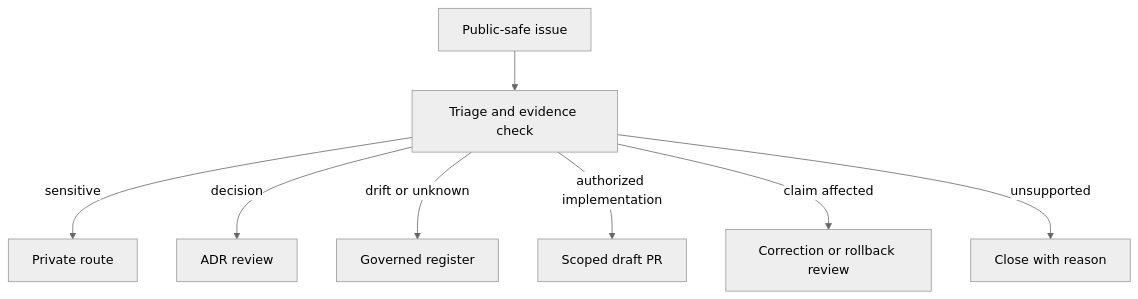
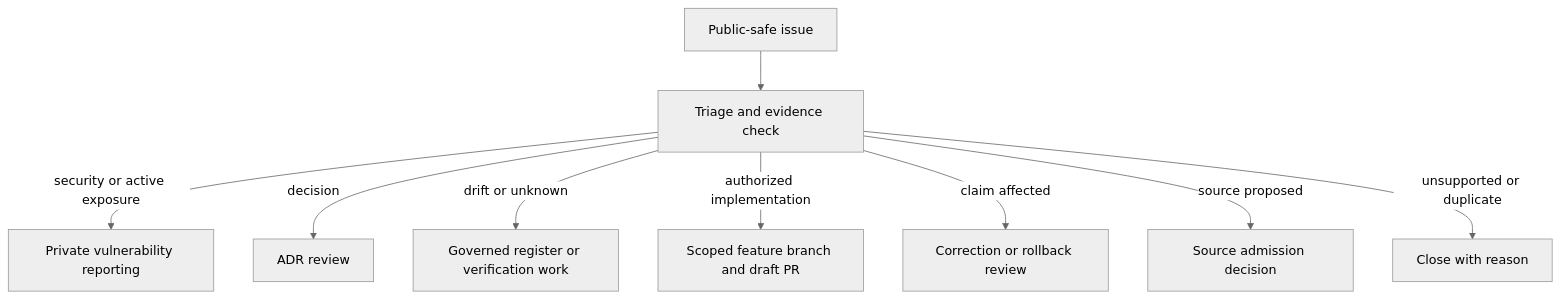
Before and after one commit to bartytime4life/Kansas-Frontier-Matrix: the diagram in .github/ISSUE_TEMPLATE/README.md, drawn with Mermaid (neutral theme). The commit also changed other lines of this file, not shown here.

````diff
--- a/.github/ISSUE_TEMPLATE/README.md
+++ b/.github/ISSUE_TEMPLATE/README.md
@@ -180,10 +255,11 @@
 ```mermaid
 flowchart TD
     I["Public-safe issue"] --> T["Triage and evidence check"]
-    T -->|sensitive| S["Private route"]
+    T -->|security or active exposure| S["Private vulnerability reporting"]
     T -->|decision| A["ADR review"]
-    T -->|drift or unknown| G["Governed register"]
-    T -->|authorized implementation| P["Scoped draft PR"]
+    T -->|drift or unknown| G["Governed register or verification work"]
+    T -->|authorized implementation| P["Scoped feature branch and draft PR"]
     T -->|claim affected| C["Correction or rollback review"]
-    T -->|unsupported| N["Close with reason"]
+    T -->|source proposed| D["Source admission decision"]
+    T -->|unsupported or duplicate| N["Close with reason"]
 ```
````
